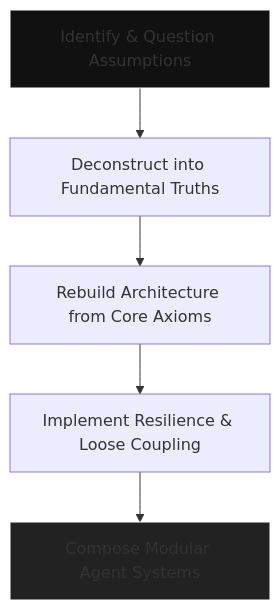
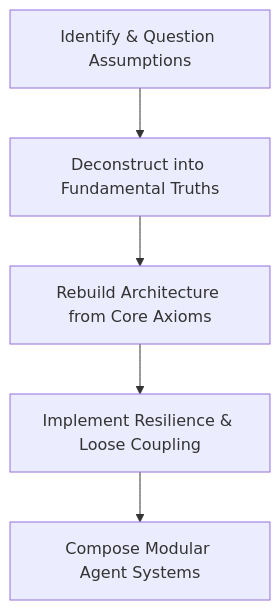
One commit to Foundup/Foundups-Agent changed the first of 4 diagrams in WSP_knowledge/docs/Papers/Architectures_Emergent_Intelligence.md. Above: the diagram before and after it, drawn with Mermaid. The commit also changed other lines of this file and 2 other files, not shown here.

First line of the commit message:
docs(architecture): refresh Foundups paper framing

````diff
--- a/WSP_knowledge/docs/Papers/Architectures_Emergent_Intelligence.md
+++ b/WSP_knowledge/docs/Papers/Architectures_Emergent_Intelligence.md
@@ -121,9 +124,7 @@
 ```mermaid
 flowchart TD
     A[Identify & Question Assumptions] --> B[Deconstruct into Fundamental Truths]
     B --> C[Rebuild Architecture from Core Axioms]
     C --> D[Implement Resilience & Loose Coupling]
     D --> E[Compose Modular Agent Systems]
-    style A fill:#111,stroke:#fff
-    style E fill:#222,stroke:#fff
 ```
````
